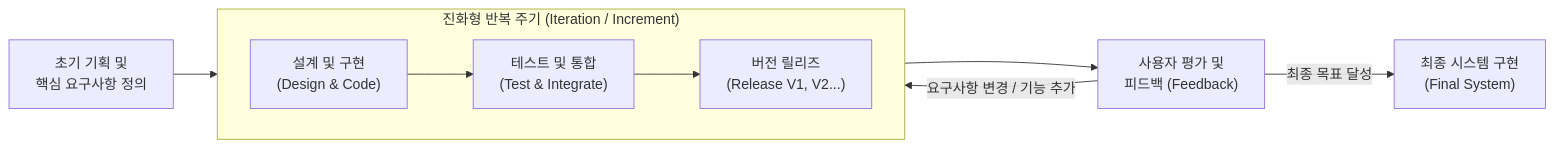
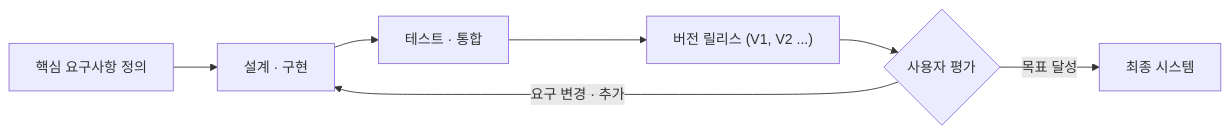
The diagram in content/01_IT Tech/진화형 개발 모델.md (supremethumb/supremethumb.github.io), drawn with Mermaid before and after one commit. The commit also changed other lines of this file and 1087 other files, not shown here.

````diff
--- a/content/01_IT Tech/진화형 개발 모델.md
+++ b/content/01_IT Tech/진화형 개발 모델.md
@@ -23,22 +35,9 @@
 ```mermaid
 flowchart LR
-    Init["초기 기획 및<br/>핵심 요구사항 정의"]
-    
-    subgraph "진화형 반복 주기 (Iteration / Increment)"
-        direction LR
-        Dev["설계 및 구현<br/>(Design & Code)"]
-        Test["테스트 및 통합<br/>(Test & Integrate)"]
-        Rel["버전 릴리즈<br/>(Release V1, V2...)"]
-        
-        Dev --> Test --> Rel
-    end
-    
-    Feedback["사용자 평가 및<br/>피드백 (Feedback)"]
-    Final["최종 시스템 구현<br/>(Final System)"]
-    
-    Init --> Dev
-    Rel --> Feedback
-    Feedback -->|요구사항 변경 / 기능 추가| Dev
-    Feedback -->|최종 목표 달성| Final
-
+    INIT["핵심 요구사항 정의"] --> DEV["설계 · 구현"]
+    DEV --> TEST["테스트 · 통합"]
+    TEST --> REL["버전 릴리스 (V1, V2 ...)"]
+    REL --> FB{"사용자 평가"}
+    FB -- "요구 변경 · 추가" --> DEV
+    FB -- "목표 달성" --> FIN["최종 시스템"]
 ```
````
